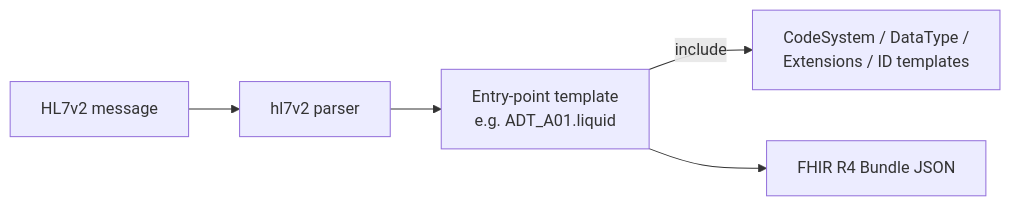
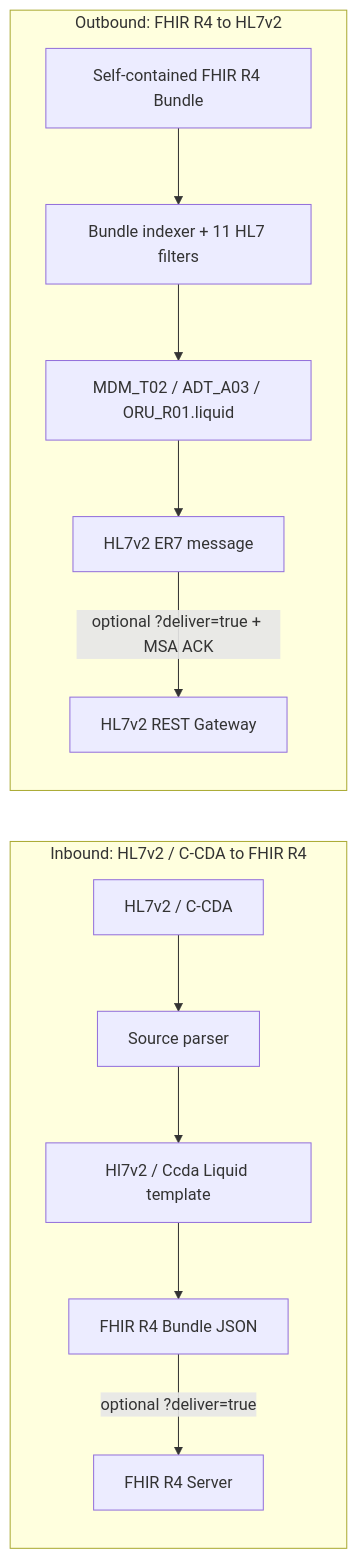
Before and after one commit to gjergjsheldija/fhir-converter-liquid: the diagram in README.md, drawn with Mermaid. The commit also changed other lines of this file and 106 other files, not shown here.

````diff
--- a/README.md
+++ b/README.md
@@ -206,7 +227,15 @@
 ```mermaid
 flowchart LR
-    A[HL7v2 message] --> B[hl7v2 parser]
-    B --> C[Entry-point template<br/>e.g. ADT_A01.liquid]
-    C -->|include| D[CodeSystem / DataType /<br/>Extensions / ID templates]
-    C --> E[FHIR R4 Bundle JSON]
+    subgraph Inbound [Inbound: HL7v2 / C-CDA to FHIR R4]
+        A[HL7v2 / C-CDA] --> B[Source parser]
+        B --> C[Hl7v2 / Ccda Liquid template]
+        C --> D[FHIR R4 Bundle JSON]
+        D -->|optional ?deliver=true| E[FHIR R4 Server]
+    end
+    subgraph Outbound [Outbound: FHIR R4 to HL7v2]
+        F[Self-contained FHIR R4 Bundle] --> G[Bundle indexer + 11 HL7 filters]
+        G --> H[MDM_T02 / ADT_A03 / ORU_R01.liquid]
+        H --> I[HL7v2 ER7 message]
+        I -->|optional ?deliver=true + MSA ACK| J[HL7v2 REST Gateway]
+    end
 ```
````
